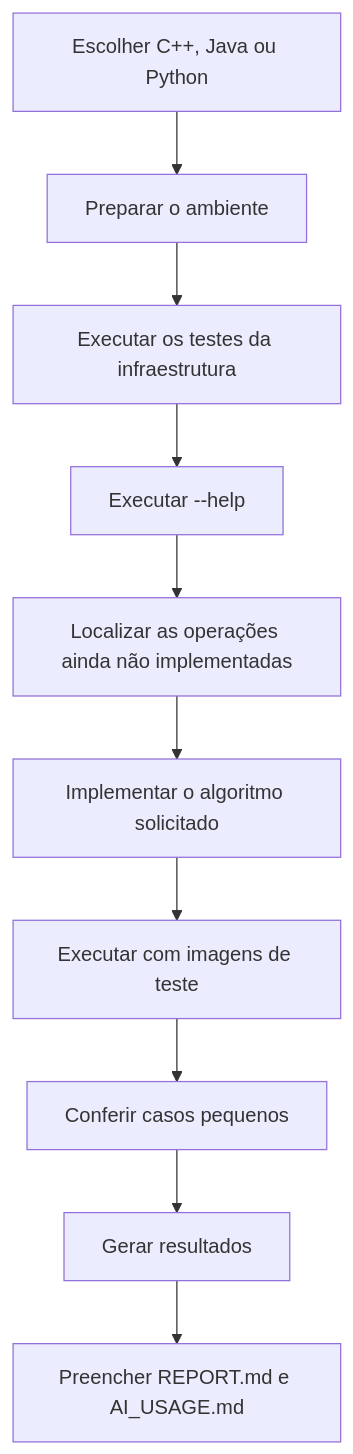
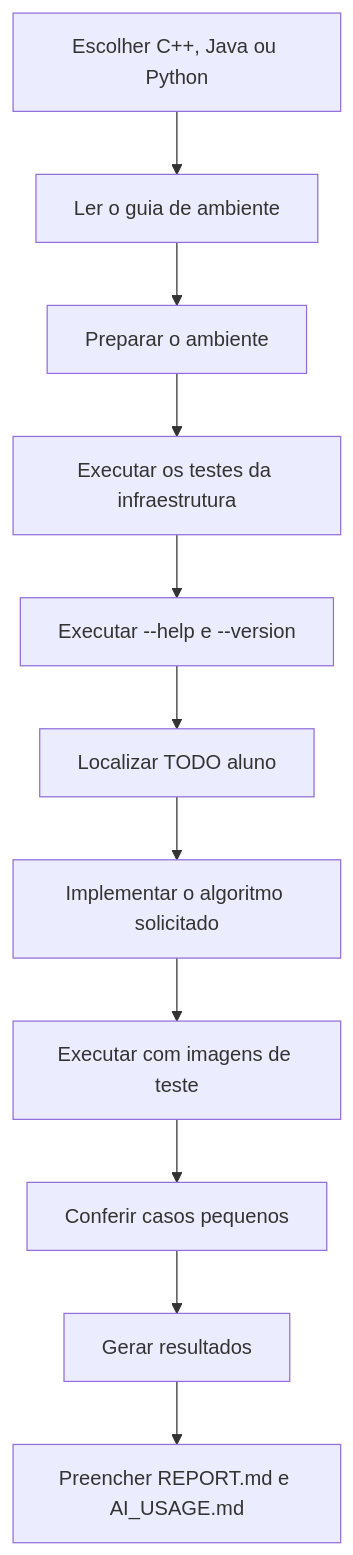
Before and after one commit to m4rc3lo/pdi_template: the diagram in docs/01-como-usar-o-template.md, drawn with Mermaid. The commit also changed other lines of this file, not shown here.

Commit message:
docs: referencia guia de ambiente e TODOs

````diff
--- a/docs/01-como-usar-o-template.md
+++ b/docs/01-como-usar-o-template.md
@@ -7,12 +9,13 @@
 ```mermaid
 flowchart TD
-    A[Escolher C++, Java ou Python] --> B[Preparar o ambiente]
-    B --> C[Executar os testes da infraestrutura]
-    C --> D[Executar --help]
-    D --> E[Localizar as operações ainda não implementadas]
-    E --> F[Implementar o algoritmo solicitado]
-    F --> G[Executar com imagens de teste]
-    G --> H[Conferir casos pequenos]
-    H --> I[Gerar resultados]
-    I --> J[Preencher REPORT.md e AI_USAGE.md]
+    A[Escolher C++, Java ou Python] --> B[Ler o guia de ambiente]
+    B --> C[Preparar o ambiente]
+    C --> D[Executar os testes da infraestrutura]
+    D --> E[Executar --help e --version]
+    E --> F[Localizar TODO aluno]
+    F --> G[Implementar o algoritmo solicitado]
+    G --> H[Executar com imagens de teste]
+    H --> I[Conferir casos pequenos]
+    I --> J[Gerar resultados]
+    J --> K[Preencher REPORT.md e AI_USAGE.md]
 ```
````
